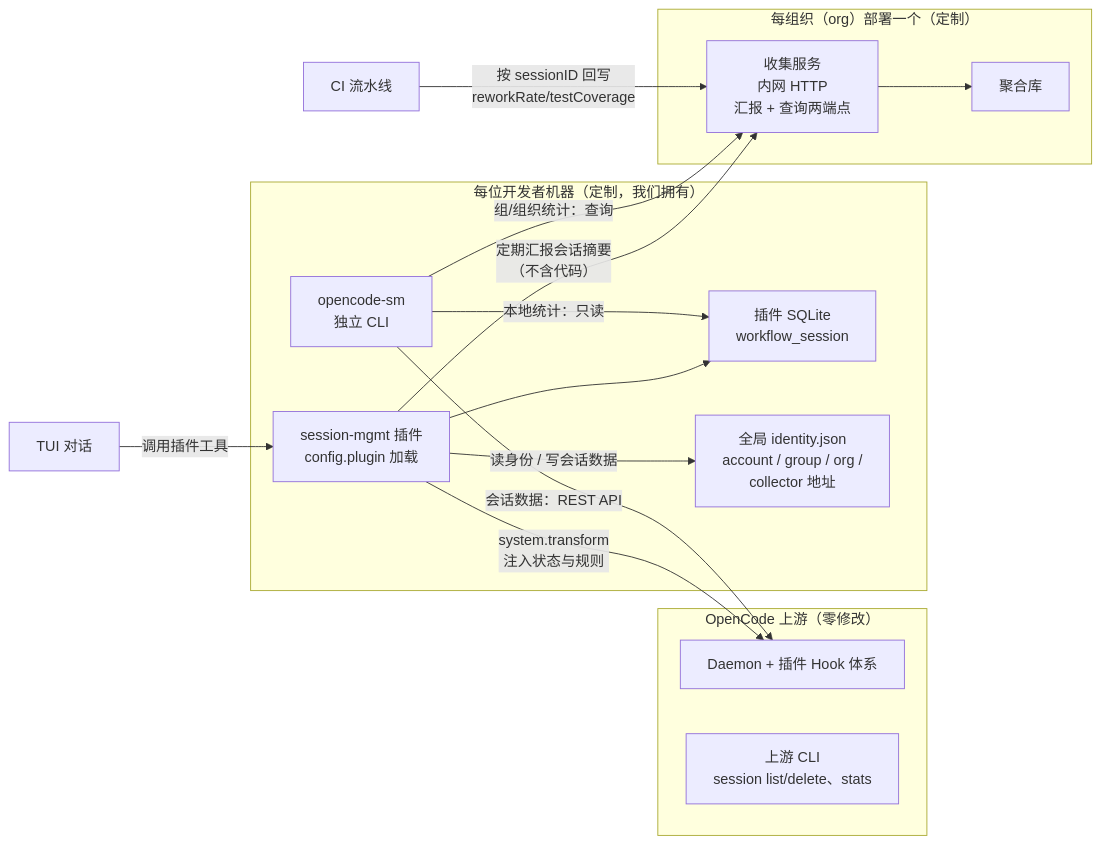
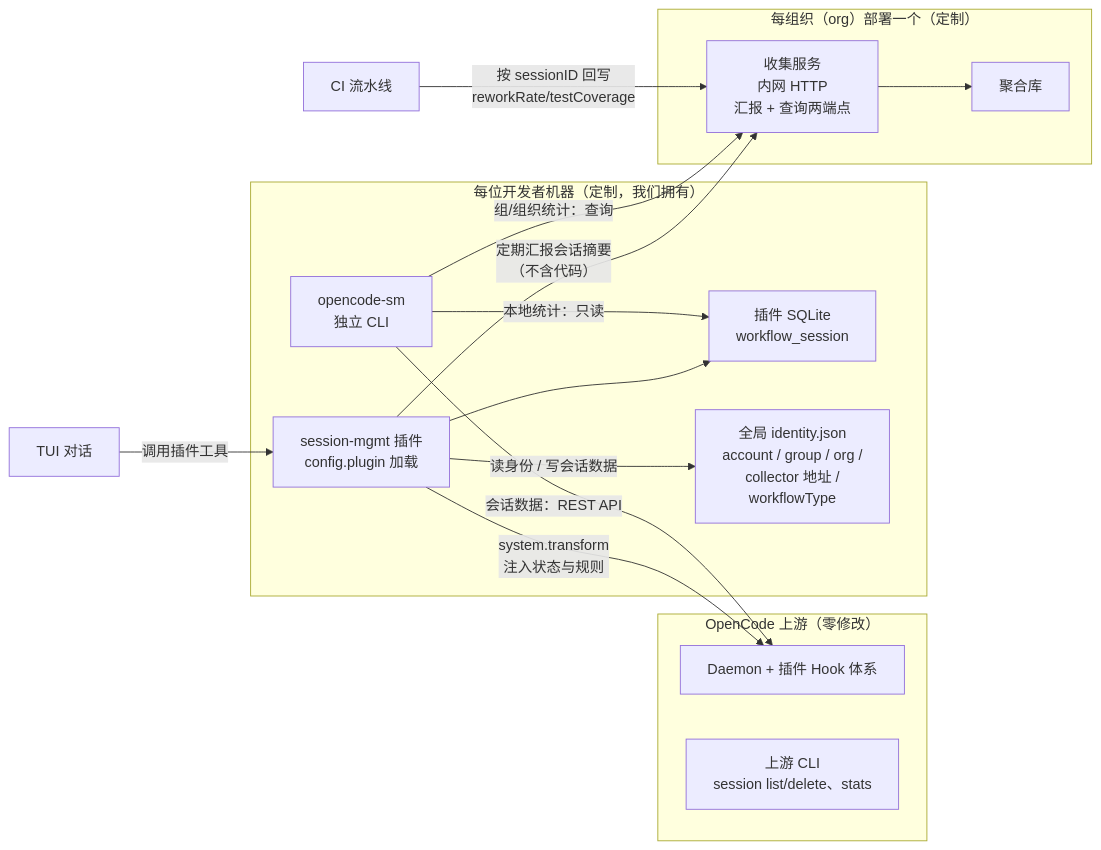
One commit to wonglaitung/opencode changed the sixth of 15 diagrams in opencode-session-mgmt/docs/session-management.md. Above: the diagram before and after it, drawn with Mermaid. The commit also changed other lines of this file and 27 other files, not shown here.

First line of the commit message:
feat(session-mgmt): 多流程就绪重构——workflowType 用户级身份 + WorkflowDefinition 注册表

````diff
--- a/opencode-session-mgmt/docs/session-management.md
+++ b/opencode-session-mgmt/docs/session-management.md
@@ -270,30 +270,30 @@
 ```mermaid
 flowchart LR
     subgraph Upstream["OpenCode 上游（零修改）"]
         Daemon["Daemon + 插件 Hook 体系"]
         UpCLI["上游 CLI<br/>session list/delete、stats"]
     end
 
     subgraph Local["每位开发者机器（定制，我们拥有）"]
         Plugin["session-mgmt 插件<br/>config.plugin 加载"]
         PluginDB["插件 SQLite<br/>workflow_session"]
-        ID["全局 identity.json<br/>account / group / org /<br/>collector 地址"]
+        ID["全局 identity.json<br/>account / group / org /<br/>collector 地址 /<br/>workflowType"]
         SM["opencode-sm<br/>独立 CLI"]
     end
 
     subgraph OrgSvc["每组织（org）部署一个（定制）"]
         Collector["收集服务<br/>内网 HTTP<br/>汇报 + 查询两端点"]
         AggDB["聚合库"]
     end
 
     TUI["TUI 对话"] -->|"调用插件工具"| Plugin
     Plugin -->|"system.transform<br/>注入状态与规则"| Daemon
     Plugin -->|"读身份 / 写会话数据"| ID
     Plugin --> PluginDB
     Plugin -->|"定期汇报会话摘要<br/>（不含代码）"| Collector
     Collector --> AggDB
     SM -->|"本地统计：只读"| PluginDB
     SM -->|"会话数据：REST API"| Daemon
     SM -->|"组/组织统计：查询"| Collector
     CI["CI 流水线"] -->|"按 sessionID 回写<br/>reworkRate/testCoverage"| Collector
 ```
````
